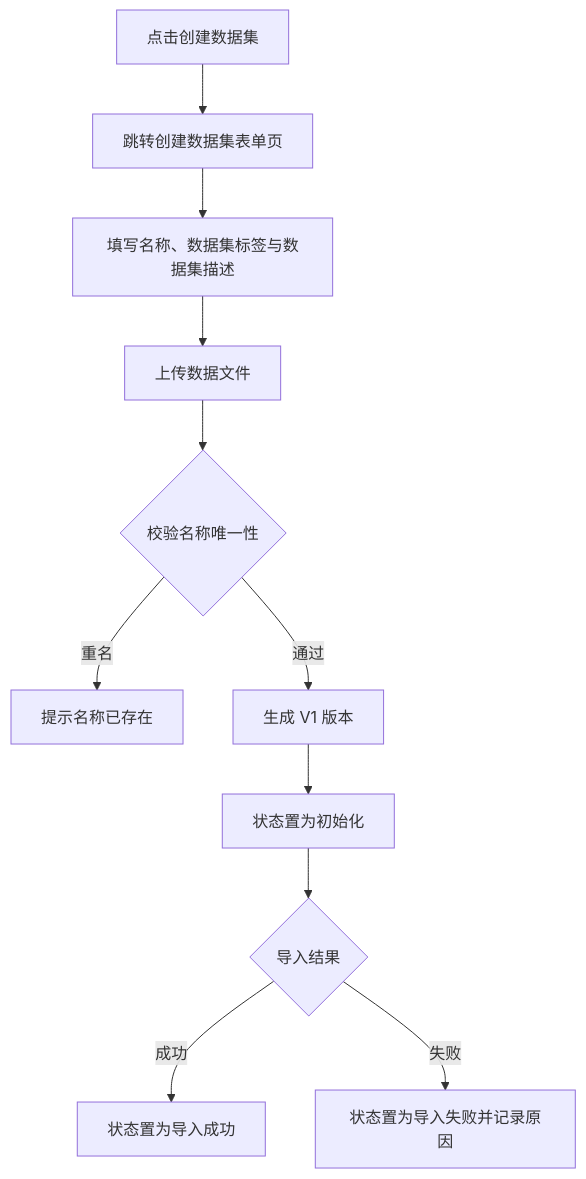
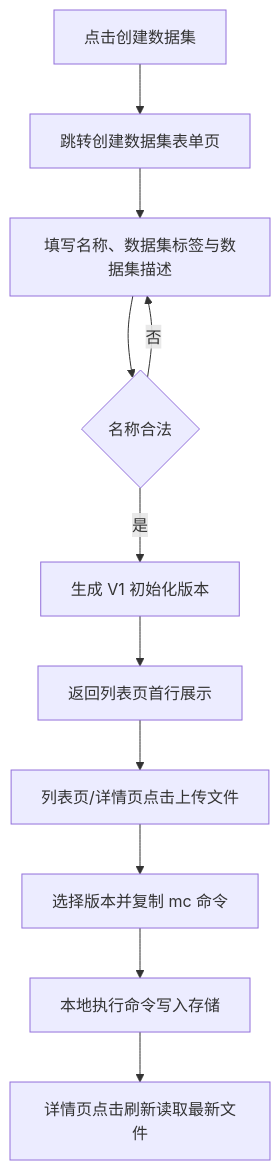
Before and after one commit to MeehanCole/prototype-platform: the second of 3 diagrams in src/pages/算力加速平台/数据管理/数据集管理/prd.md, drawn with Mermaid. The commit also changed other lines of this file and 10 other files, not shown here.

````diff
--- a/src/pages/算力加速平台/数据管理/数据集管理/prd.md
+++ b/src/pages/算力加速平台/数据管理/数据集管理/prd.md
@@ -258,13 +251,13 @@
 ```mermaid
 flowchart TD
   A[点击创建数据集] --> P[跳转创建数据集表单页]
   P --> B[填写名称、数据集标签与数据集描述]
-  B --> C[上传数据文件]
-  C --> D{校验名称唯一性}
-  D -- 重名 --> E[提示名称已存在]
-  D -- 通过 --> F[生成 V1 版本]
-  F --> G[状态置为初始化]
-  G --> H{导入结果}
-  H -- 成功 --> I[状态置为导入成功]
-  H -- 失败 --> J[状态置为导入失败并记录原因]
+  B --> D{名称合法}
+  D -- 否 --> B
+  D -- 是 --> F[生成 V1 初始化版本]
+  F --> G[返回列表页首行展示]
+  G --> H[列表页/详情页点击上传文件]
+  H --> I[选择版本并复制 mc 命令]
+  I --> J[本地执行命令写入存储]
+  J --> K[详情页点击刷新读取最新文件]
 ```
````
